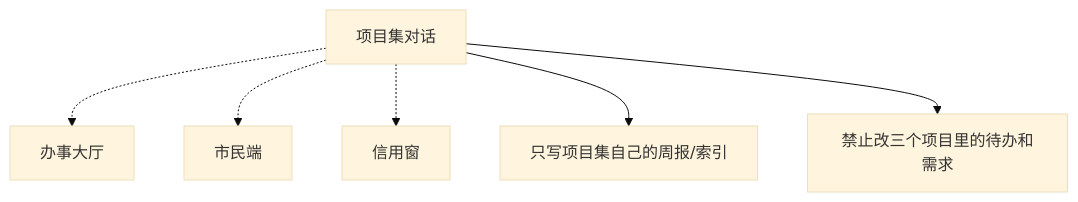
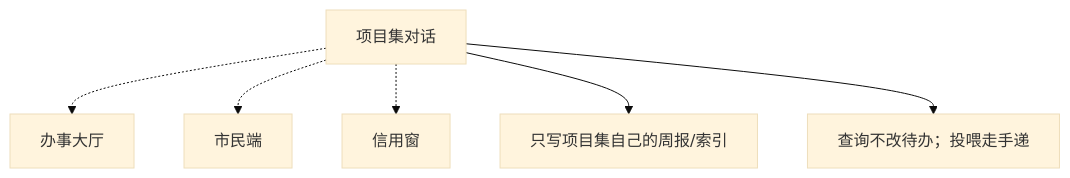
Before and after one commit to qiusuo0226/chrono-pm-skill: the first of 3 diagrams in examples/13-项目集总览.md, drawn with Mermaid (base theme). The commit also changed other lines of this file and 16 other files, not shown here.

````diff
--- a/examples/13-项目集总览.md
+++ b/examples/13-项目集总览.md
@@ -11,8 +11,8 @@
 ```mermaid
 flowchart TB
     PF["项目集对话"] -.-> H["办事大厅"]
     PF -.-> A["市民端"]
     PF -.-> C["信用窗"]
     PF --> W["只写项目集自己的周报/索引"]
-    PF --> X["禁止改三个项目里的待办和需求"]
+    PF --> X["查询不改待办；投喂走手递"]
 ```
````
